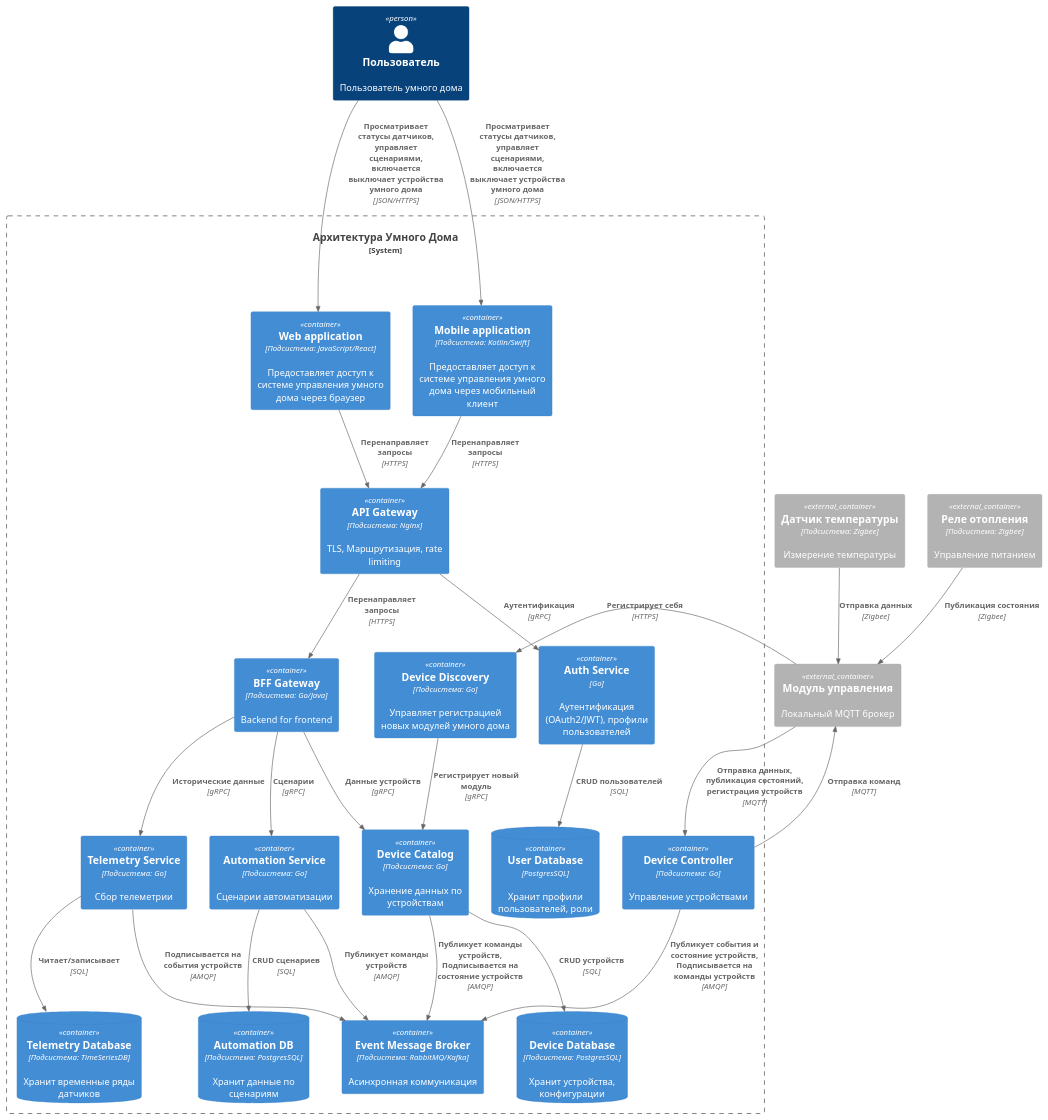
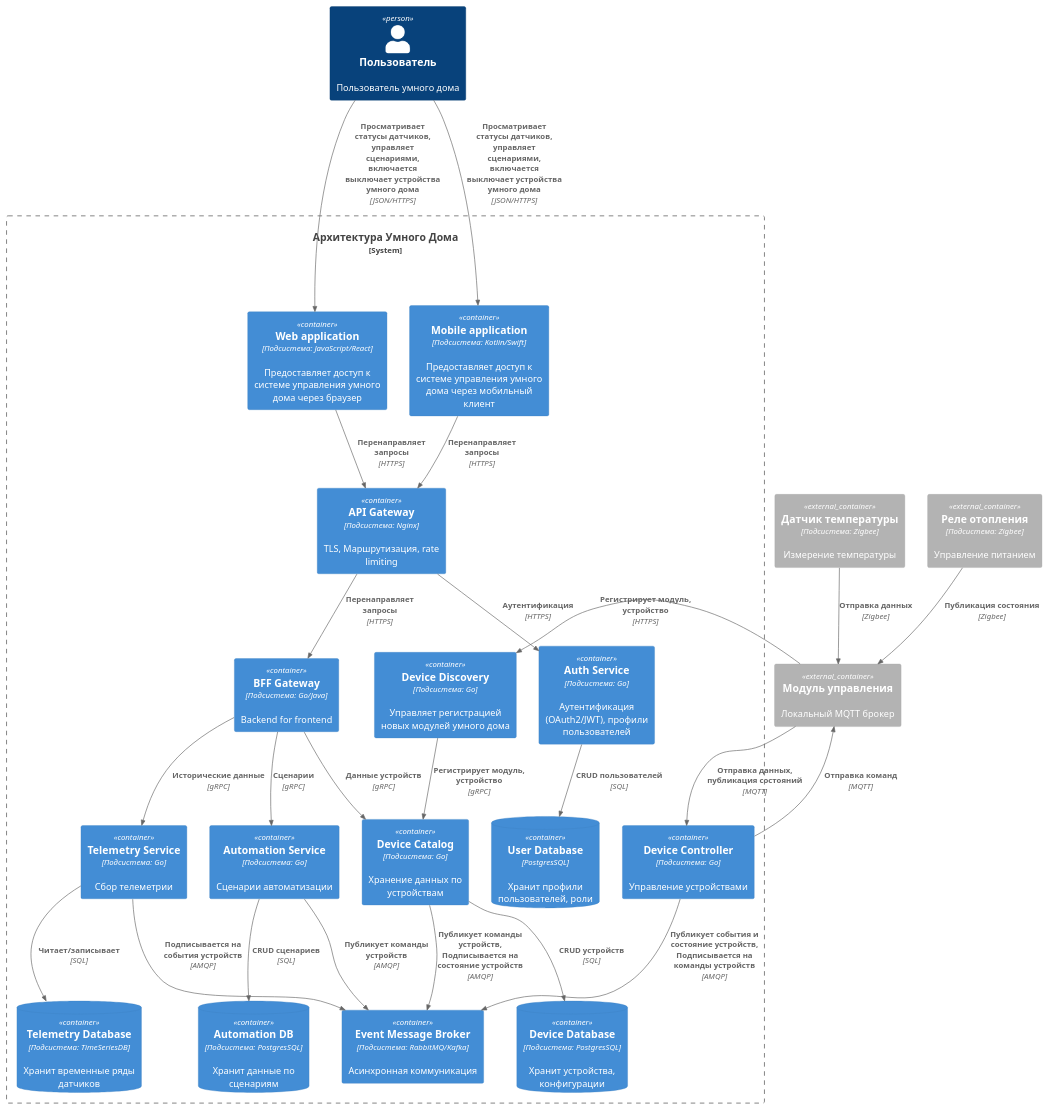
Before and after one commit to pojosim/architecture-warmhouse: the diagram in docs/diagrams/c4-containers.puml, drawn with PlantUML. The commit also changed 1 other file, not shown here.

```diff
--- a/docs/diagrams/c4-containers.puml
+++ b/docs/diagrams/c4-containers.puml
@@ -1,75 +1,75 @@
 @startuml
 !include https://raw.githubusercontent.com/plantuml-stdlib/C4-PlantUML/master/C4_Container.puml
 
 Person(user, "Пользователь", "Пользователь умного дома")
 
 System_Boundary(smart_home, "Архитектура Умного Дома") {
     'Инфраструктурный слой
     Container(api_gateway, "API Gateway", "Подсистема: Nginx", "TLS, Маршрутизация, rate limiting")
     Container(bff_gateway, "BFF Gateway", "Подсистема: Go/Java", "Backend for frontend")
     Container(event_message_broker, "Event Message Broker", "Подсистема: RabbitMQ/Kafka", "Асинхронная коммуникация")
 
     'Клиентский слой
     Container(web_service, "Web application", "Подсистема: JavaScript/React", "Предоставляет доступ к системе управления умного дома через браузер")
     Container(mobile_service, "Mobile application", "Подсистема: Kotlin/Swift", "Предоставляет доступ к системе управления умного дома через мобильный клиент")
 
     'Домен Пользователь и безопасность
-    Container(auth_service, "Auth Service", "Go", "Аутентификация (OAuth2/JWT), профили пользователей")
+    Container(auth_service, "Auth Service", "Подсистема: Go", "Аутентификация (OAuth2/JWT), профили пользователей")
     ContainerDb(user_db, "User Database", "PostgresSQL", "Хранит профили пользователей, роли")
 
     'Домен Управление устройствами
     Container(device_catalog, "Device Catalog", "Подсистема: Go", "Хранение данных по устройствам")
     Container(device_controller, "Device Controller", "Подсистема: Go", "Управление устройствами")
     ContainerDb(device_db, "Device Database", "Подсистема: PostgresSQL", "Хранит устройства, конфигурации")
     Container(device_discovery, "Device Discovery", "Подсистема: Go", "Управляет регистрацией новых модулей умного дома")
 
     'Домен Автоматизация сценариев
     Container(automation_service, "Automation Service", "Подсистема: Go", "Сценарии автоматизации")
     ContainerDb(automation_db, "Automation DB", "Подсистема: PostgresSQL", "Хранит данные по сценариям")
 
     'Домен Телеметрия
     Container(telemetry_service, "Telemetry Service", "Подсистема: Go", "Сбор телеметрии")
     ContainerDb(telemetry_db, "Telemetry Database", "Подсистема: TimeSeriesDB", "Хранит временные ряды датчиков")
 }
 
 Container_Ext(smart_module, "Модуль управления", "", "Локальный MQTT брокер")
 Container_Ext(device1, "Датчик температуры", "Подсистема: Zigbee", "Измерение температуры")
 Container_Ext(device2, "Реле отопления", "Подсистема: Zigbee", "Управление питанием")
 
 'Клиентское взаимодействие
 Rel(user, web_service, "Просматривает статусы датчиков, управляет сценариями, включается выключает устройства умного дома", "JSON/HTTPS")
 Rel(user, mobile_service, "Просматривает статусы датчиков, управляет сценариями, включается выключает устройства умного дома", "JSON/HTTPS")
 Rel(mobile_service, api_gateway, "Перенаправляет запросы", "HTTPS")
 Rel(web_service, api_gateway, "Перенаправляет запросы", "HTTPS")
 
 'Маршрутизация
 Rel(api_gateway, bff_gateway, "Перенаправляет запросы", "HTTPS")
-Rel(api_gateway, auth_service, "Аутентификация", "gRPC")
+Rel(api_gateway, auth_service, "Аутентификация", "HTTPS")
 Rel(bff_gateway, device_catalog, "Данные устройств", "gRPC")
 Rel(bff_gateway, telemetry_service, "Исторические данные", "gRPC")
 Rel(bff_gateway, automation_service, "Сценарии", "gRPC")
 
 'Авторизация
 Rel(auth_service, user_db, "CRUD пользователей", "SQL")
 
 'Управление устройствами
 Rel(device_catalog, device_db, "CRUD устройств", "SQL")
 Rel(device_catalog, event_message_broker, "Публикует команды устройств, Подписывается на состояние устройств", "AMQP")
 Rel(device_controller, event_message_broker, "Публикует события и состояние устройств, Подписывается на команды устройств", "AMQP")
-Rel(device_discovery, device_catalog, "Регистрирует новый модуль", "gRPC")
+Rel(device_discovery, device_catalog, "Регистрирует модуль, устройство", "gRPC")
 
 'Автоматизация
 Rel(automation_service, event_message_broker, "Публикует команды устройств", "AMQP")
 Rel(automation_service, automation_db, "CRUD сценариев", "SQL")
 
 'Домен Телеметрия
 Rel(telemetry_service, telemetry_db, "Читает/записывает", "SQL")
 Rel(telemetry_service, event_message_broker, "Подписывается на события устройств", "AMQP")
 
 'Внешние устройства
-Rel(smart_module, device_discovery, "Регистрирует себя", "HTTPS")
-Rel(smart_module, device_controller, "Отправка данных, публикация состояний, регистрация устройств", "MQTT")
+Rel(smart_module, device_discovery, "Регистрирует модуль, устройство", "HTTPS")
+Rel(smart_module, device_controller, "Отправка данных, публикация состояний", "MQTT")
 Rel(device_controller, smart_module, "Отправка команд", "MQTT")
 Rel(device1, smart_module, "Отправка данных", "Zigbee")
 Rel(device2, smart_module, "Публикация состояния", "Zigbee")
 @enduml
```
